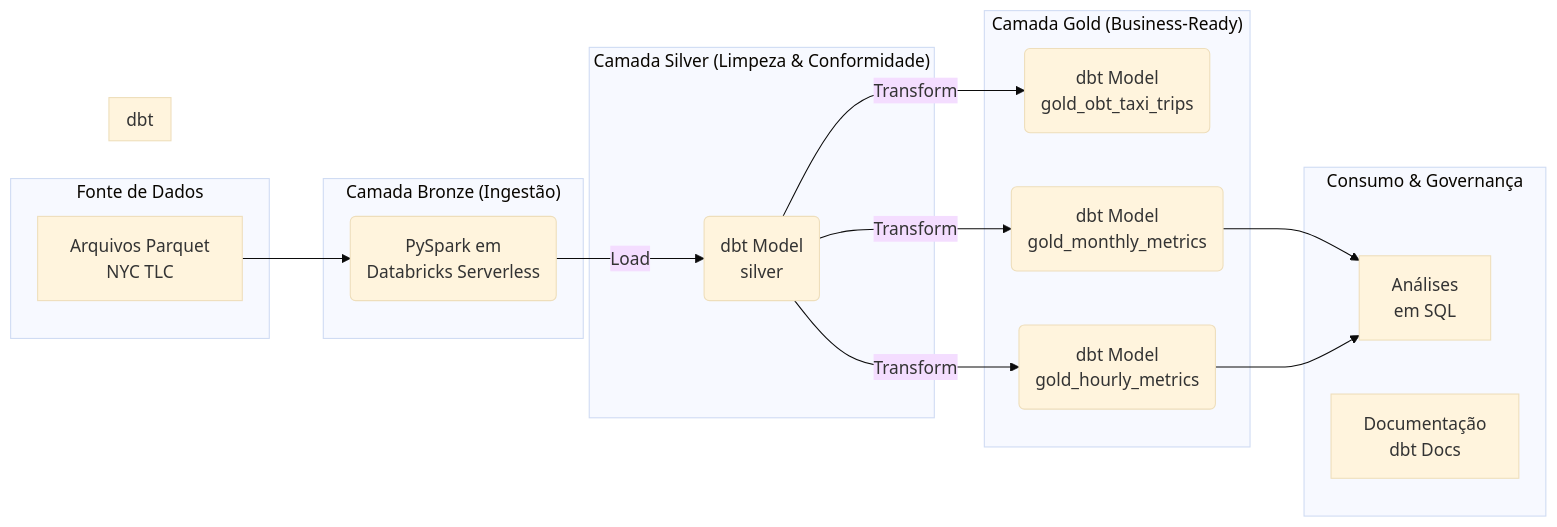
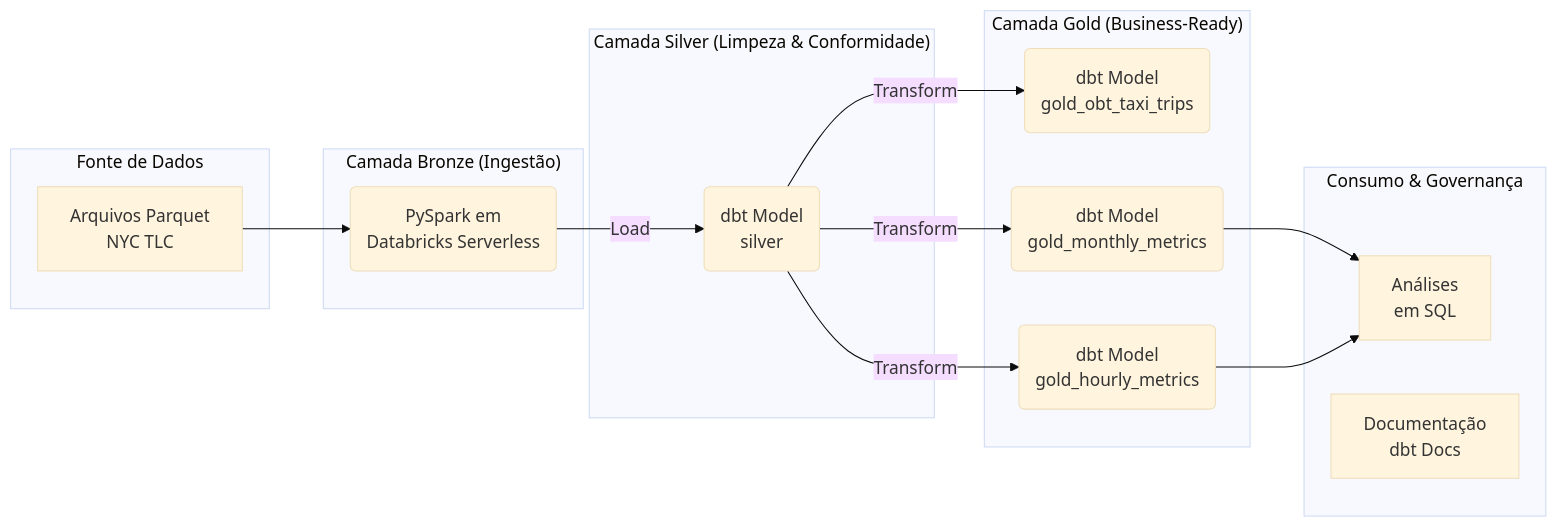
The diagram in README.md (packland/ifood-data-eng-case), drawn with Mermaid (base theme) before and after one commit. The commit also changed other lines of this file and 1 other file, not shown here.

````diff
--- a/README.md
+++ b/README.md
@@ -26,36 +26,33 @@
 ```mermaid
 graph LR
     subgraph "Fonte de Dados"
         A[Arquivos Parquet<br>NYC TLC]
     end
 
     subgraph "Camada Bronze (Ingestão)"
         B(PySpark em<br>Databricks Serverless)
     end
 
     subgraph "Camada Silver (Limpeza & Conformidade)"
         C(dbt Model<br>silver)
     end
 
     subgraph "Camada Gold (Business-Ready)"
         D(dbt Model<br>gold_obt_taxi_trips)
         E(dbt Model<br>gold_monthly_metrics)
         F(dbt Model<br>gold_hourly_metrics)
     end
     
     subgraph "Consumo & Governança"
         G[Análises<br>em SQL]
         H[Documentação<br>dbt Docs]
     end
 
     A --> B
     B -- Load --> C
     C -- Transform --> D
     C -- Transform --> E
     C -- Transform --> F
     E --> G
     F --> G
-    subgraph "dbt"
-      C;D;E;F;
-    end
 ```
````
